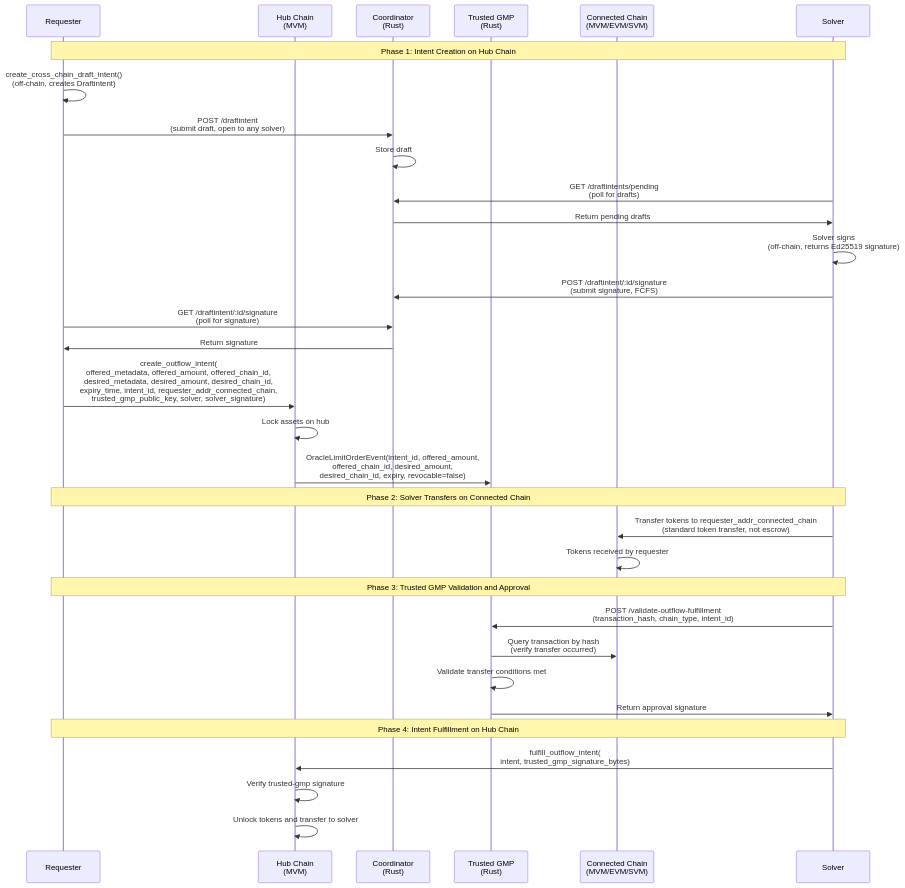
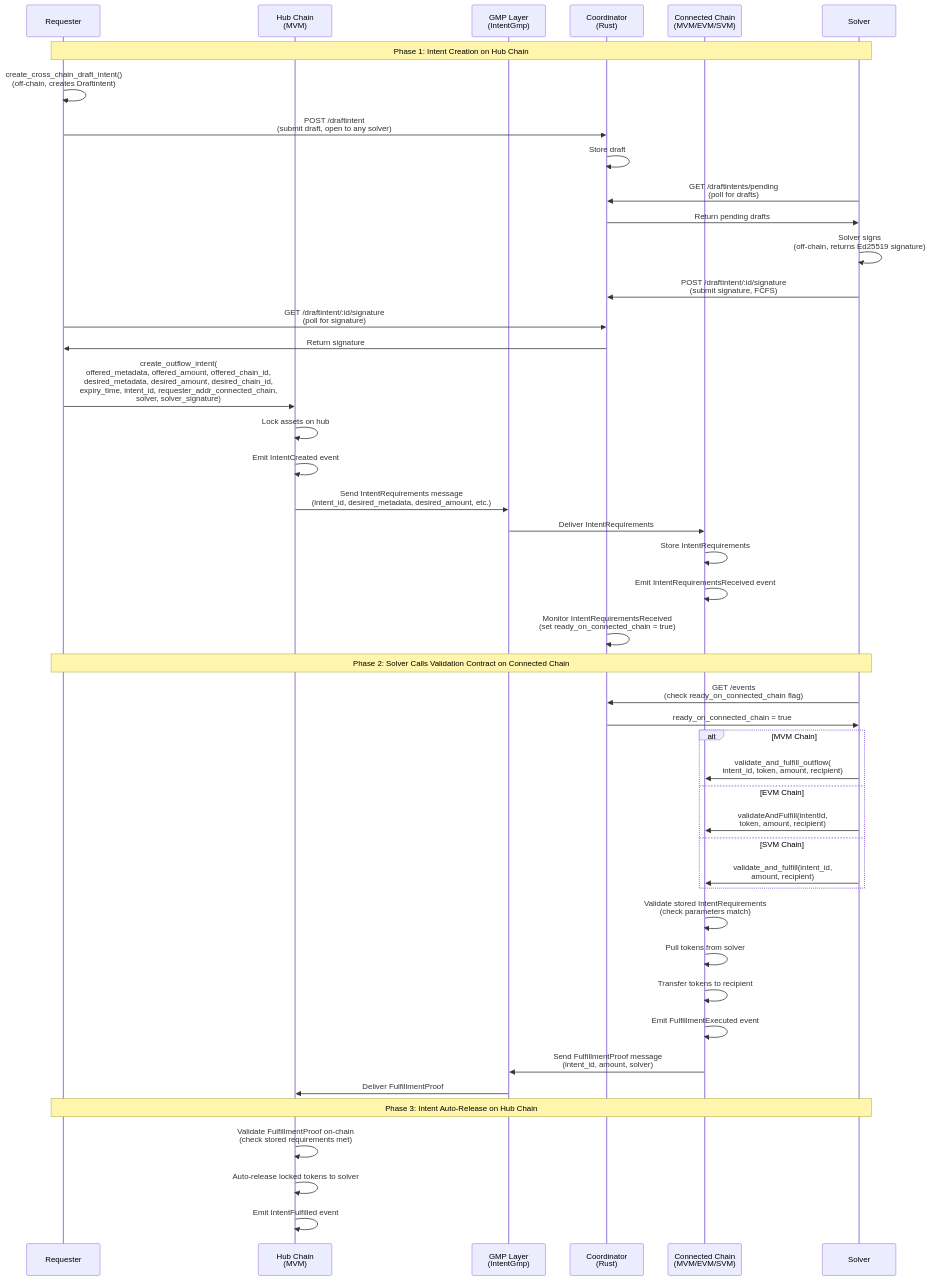
The second of 2 diagrams in docs/protocol.md (apenzk/int3nts), drawn with Mermaid before and after one commit. The commit also changed other lines of this file and 14 other files, not shown here.

First line of the commit message:
docs: update protocol and plans for GMP architecture, harden CI scripts

````diff
--- a/docs/protocol.md
+++ b/docs/protocol.md
@@ -111,38 +135,50 @@
 ```mermaid
 sequenceDiagram
     participant Requester
     participant Hub as Hub Chain<br/>(MVM)
+    participant GMP as GMP Layer<br/>(IntentGmp)
     participant Coordinator as Coordinator<br/>(Rust)
-    participant TrustedGMP as Trusted GMP<br/>(Rust)
     participant Connected as Connected Chain<br/>(MVM/EVM/SVM)
     participant Solver
 
     Note over Requester,Solver: Phase 1: Intent Creation on Hub Chain
     Requester->>Requester: create_cross_chain_draft_intent()<br/>(off-chain, creates Draftintent)
     Requester->>Coordinator: POST /draftintent<br/>(submit draft, open to any solver)
     Coordinator->>Coordinator: Store draft
     Solver->>Coordinator: GET /draftintents/pending<br/>(poll for drafts)
     Coordinator->>Solver: Return pending drafts
     Solver->>Solver: Solver signs<br/>(off-chain, returns Ed25519 signature)
     Solver->>Coordinator: POST /draftintent/:id/signature<br/>(submit signature, FCFS)
     Requester->>Coordinator: GET /draftintent/:id/signature<br/>(poll for signature)
     Coordinator->>Requester: Return signature
-    Requester->>Hub: create_outflow_intent(<br/>offered_metadata, offered_amount, offered_chain_id,<br/>desired_metadata, desired_amount, desired_chain_id,<br/>expiry_time, intent_id, requester_addr_connected_chain,<br/>trusted_gmp_public_key, solver, solver_signature)
+    Requester->>Hub: create_outflow_intent(<br/>offered_metadata, offered_amount, offered_chain_id,<br/>desired_metadata, desired_amount, desired_chain_id,<br/>expiry_time, intent_id, requester_addr_connected_chain,<br/>solver, solver_signature)
     Hub->>Hub: Lock assets on hub
-    Hub->>TrustedGMP: OracleLimitOrderEvent(intent_id, offered_amount,<br/>offered_chain_id, desired_amount,<br/>desired_chain_id, expiry, revocable=false)
+    Hub->>Hub: Emit IntentCreated event
+    Hub->>GMP: Send IntentRequirements message<br/>(intent_id, desired_metadata, desired_amount, etc.)
+    GMP->>Connected: Deliver IntentRequirements
+    Connected->>Connected: Store IntentRequirements
+    Connected->>Connected: Emit IntentRequirementsReceived event
+    Coordinator->>Coordinator: Monitor IntentRequirementsReceived<br/>(set ready_on_connected_chain = true)
 
-    Note over Requester,Solver: Phase 2: Solver Transfers on Connected Chain
-    Solver->>Connected: Transfer tokens to requester_addr_connected_chain<br/>(standard token transfer, not escrow)
-    Connected->>Connected: Tokens received by requester
+    Note over Requester,Solver: Phase 2: Solver Calls Validation Contract on Connected Chain
+    Solver->>Coordinator: GET /events<br/>(check ready_on_connected_chain flag)
+    Coordinator->>Solver: ready_on_connected_chain = true
+    alt MVM Chain
+        Solver->>Connected: validate_and_fulfill_outflow(<br/>intent_id, token, amount, recipient)
+    else EVM Chain
+        Solver->>Connected: validateAndFulfill(intentId,<br/>token, amount, recipient)
+    else SVM Chain
+        Solver->>Connected: validate_and_fulfill(intent_id,<br/>amount, recipient)
+    end
+    Connected->>Connected: Validate stored IntentRequirements<br/>(check parameters match)
+    Connected->>Connected: Pull tokens from solver
+    Connected->>Connected: Transfer tokens to recipient
+    Connected->>Connected: Emit FulfillmentExecuted event
+    Connected->>GMP: Send FulfillmentProof message<br/>(intent_id, amount, solver)
+    GMP->>Hub: Deliver FulfillmentProof
 
-    Note over Requester,Solver: Phase 3: Trusted GMP Validation and Approval
-    Solver->>TrustedGMP: POST /validate-outflow-fulfillment<br/>(transaction_hash, chain_type, intent_id)
-    TrustedGMP->>Connected: Query transaction by hash<br/>(verify transfer occurred)
-    TrustedGMP->>TrustedGMP: Validate transfer conditions met
-    TrustedGMP->>Solver: Return approval signature
-
-    Note over Requester,Solver: Phase 4: Intent Fulfillment on Hub Chain
-    Solver->>Hub: fulfill_outflow_intent(<br/>intent, trusted_gmp_signature_bytes)
-    Hub->>Hub: Verify trusted-gmp signature
-    Hub->>Hub: Unlock tokens and transfer to solver
+    Note over Requester,Solver: Phase 3: Intent Auto-Release on Hub Chain
+    Hub->>Hub: Validate FulfillmentProof on-chain<br/>(check stored requirements met)
+    Hub->>Hub: Auto-release locked tokens to solver
+    Hub->>Hub: Emit IntentFulfilled event
 ```
````
